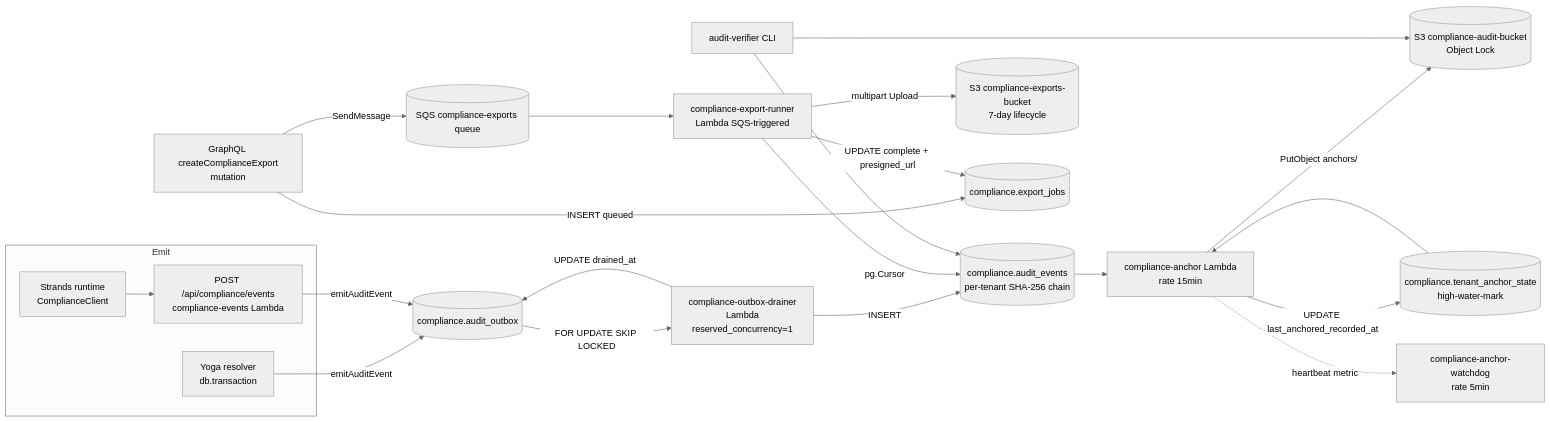
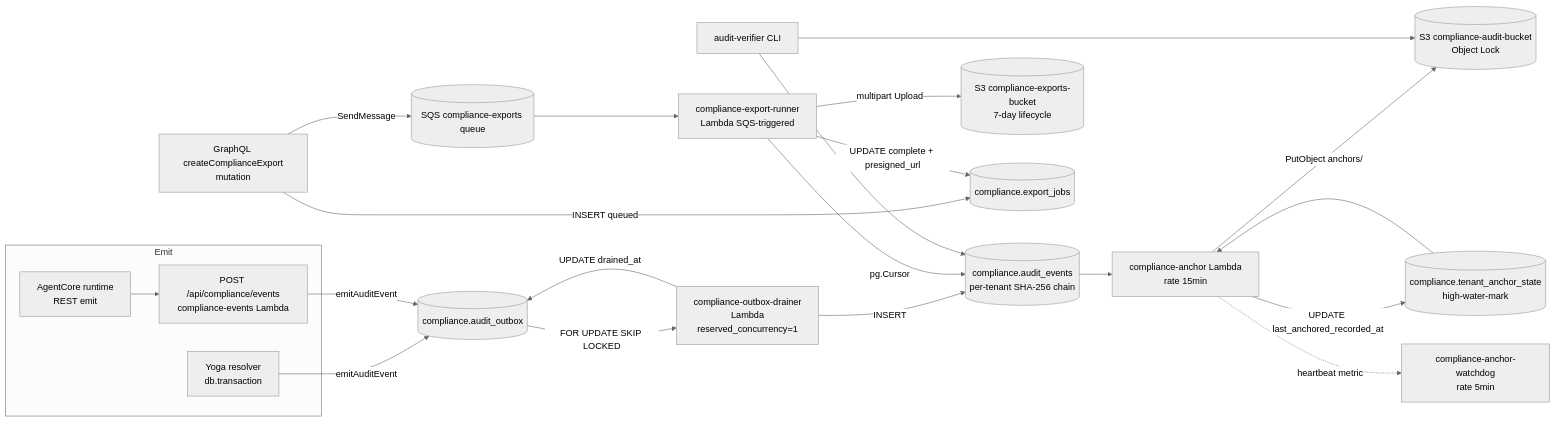
The diagram in docs/src/content/docs/compliance/architecture.mdx (thinkwork-ai/thinkwork), drawn with Mermaid (neutral theme) before and after one commit. The commit also changed other lines of this file and 51 other files, not shown here.

````diff
--- a/docs/src/content/docs/compliance/architecture.mdx
+++ b/docs/src/content/docs/compliance/architecture.mdx
@@ -10,48 +10,48 @@
 ```mermaid
 flowchart LR
   subgraph Emit
     Y[Yoga resolver<br/>db.transaction]
-    S[Strands runtime<br/>ComplianceClient]
+    S[AgentCore runtime<br/>REST emit]
     R[POST /api/compliance/events<br/>compliance-events Lambda]
     S --> R
   end
 
   Y -->|emitAuditEvent| OB
   R -->|emitAuditEvent| OB
 
   OB[(compliance.audit_outbox)]
   D[compliance-outbox-drainer<br/>Lambda<br/>reserved_concurrency=1]
   E[(compliance.audit_events<br/>per-tenant SHA-256 chain)]
   TAS[(compliance.tenant_anchor_state<br/>high-water-mark)]
 
   OB -->|FOR UPDATE SKIP LOCKED| D
   D -->|INSERT| E
   D -->|UPDATE drained_at| OB
 
   AL[compliance-anchor Lambda<br/>rate 15min]
   AB[(S3 compliance-audit-bucket<br/>Object Lock)]
   WD[compliance-anchor-watchdog<br/>rate 5min]
 
   E --> AL
   TAS --> AL
   AL -->|PutObject anchors/| AB
   AL -->|UPDATE last_anchored_recorded_at| TAS
   AL -.heartbeat metric.-> WD
 
   XR[compliance-export-runner<br/>Lambda SQS-triggered]
   XB[(S3 compliance-exports-bucket<br/>7-day lifecycle)]
   EJ[(compliance.export_jobs)]
   GQL[GraphQL createComplianceExport<br/>mutation]
   Q[(SQS compliance-exports queue)]
 
   GQL -->|INSERT queued| EJ
   GQL -->|SendMessage| Q
   Q --> XR
   XR -->|pg.Cursor| E
   XR -->|multipart Upload| XB
   XR -->|UPDATE complete + presigned_url| EJ
 
   V[audit-verifier CLI]
   V --> AB
   V --> E
 ```
````
